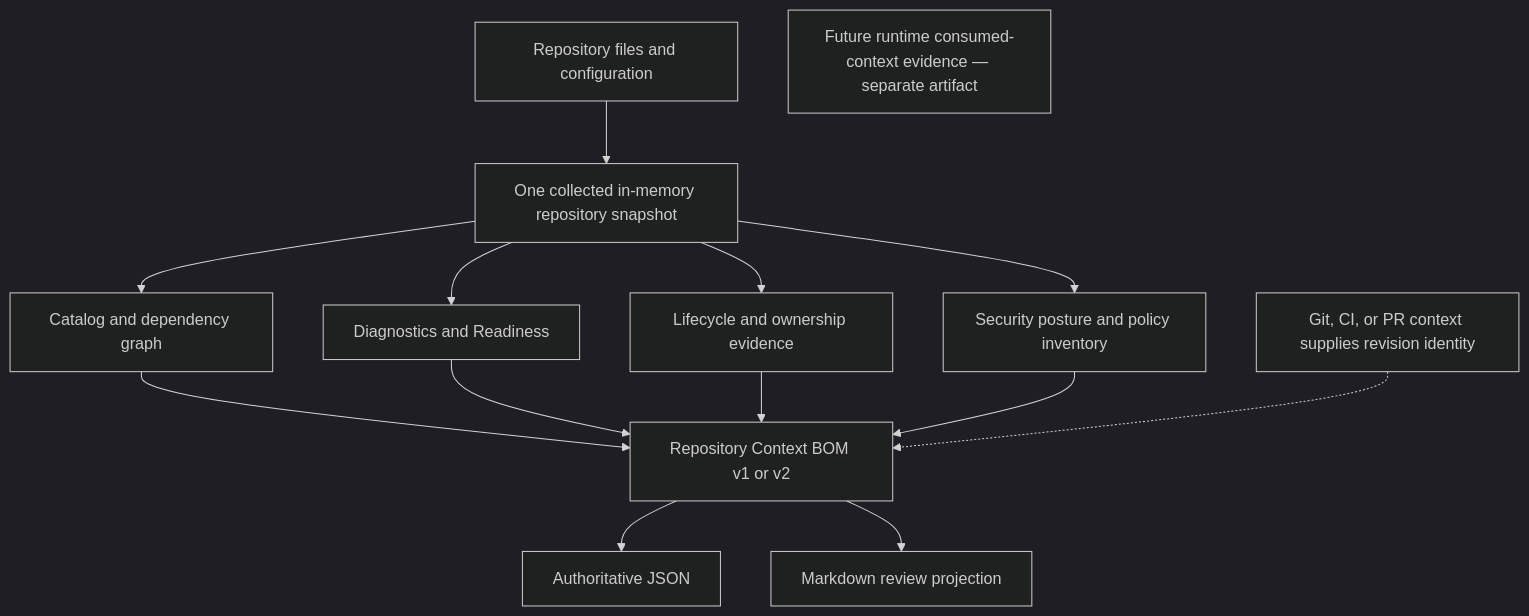
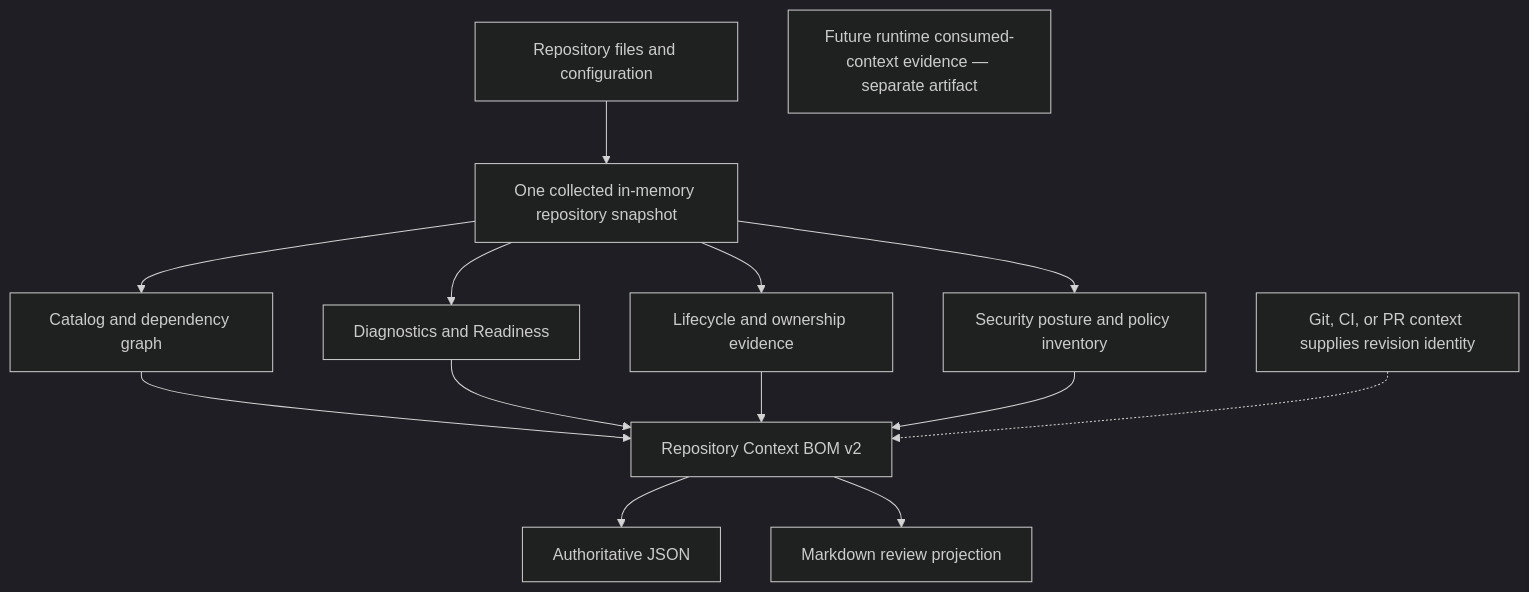
Before and after one commit to KazuCocoa/renma: the diagram in docs/repository-context-bom.md, drawn with Mermaid (dark theme). The commit also changed other lines of this file and 30 other files, not shown here.

````diff
--- a/docs/repository-context-bom.md
+++ b/docs/repository-context-bom.md
@@ -7,26 +7,26 @@
 ```mermaid
 flowchart TD
   Sources["Repository files and configuration"]
   Snapshot["One collected in-memory repository snapshot"]
   Catalog["Catalog and dependency graph"]
   Diagnostics["Diagnostics and Readiness"]
   Governance["Lifecycle and ownership evidence"]
   Security["Security posture and policy inventory"]
-  Bom["Repository Context BOM v1 or v2"]
+  Bom["Repository Context BOM v2"]
   Json["Authoritative JSON"]
   Markdown["Markdown review projection"]
   Revision["Git, CI, or PR context supplies revision identity"]
   Runtime["Future runtime consumed-context evidence — separate artifact"]
   Sources --> Snapshot
   Snapshot --> Catalog
   Snapshot --> Diagnostics
   Snapshot --> Governance
   Snapshot --> Security
   Catalog --> Bom
   Diagnostics --> Bom
   Governance --> Bom
   Security --> Bom
   Bom --> Json
   Bom --> Markdown
   Revision -.-> Bom
 ```
````
